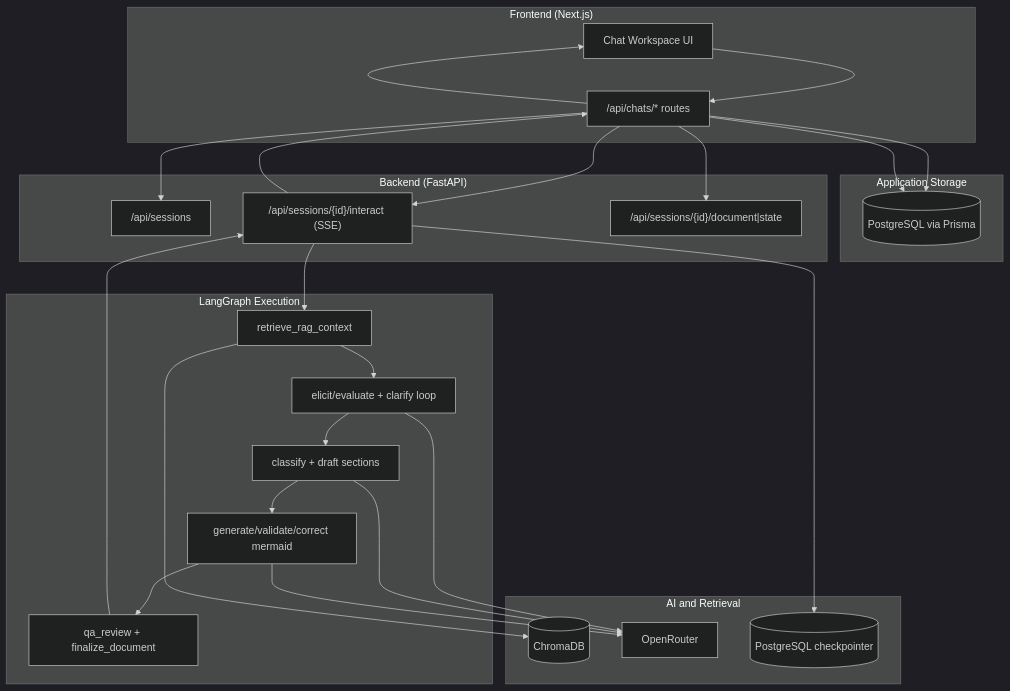
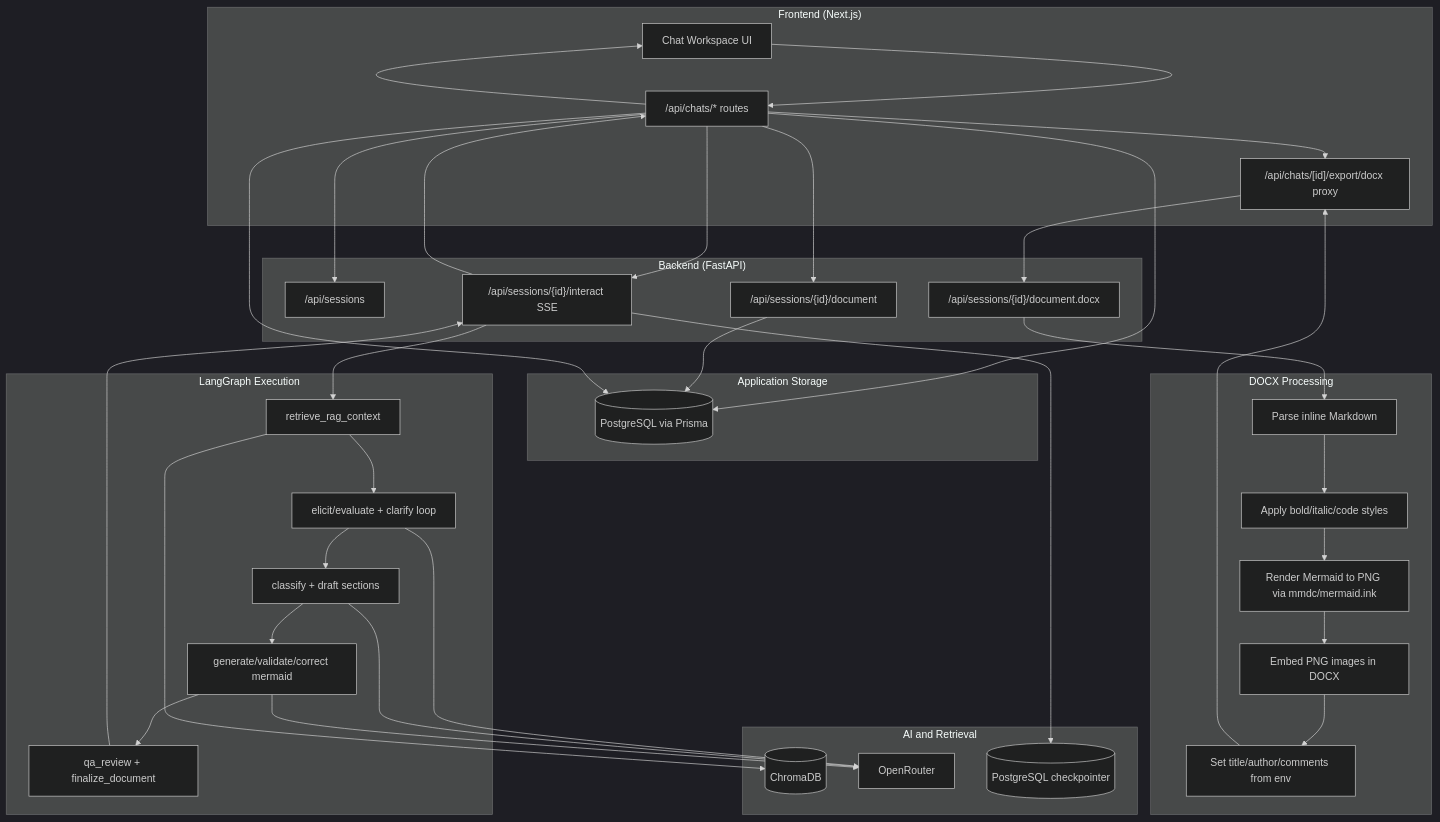
The third of 3 diagrams in documentation/dataflow_diagram.md (Ta1al/automated-SRS-generator), drawn with Mermaid (dark theme) before and after one commit. The commit also changed other lines of this file and 3 other files, not shown here.

Commit message:
feat: update documentation to include DOCX export process and related components

````diff
--- a/documentation/dataflow_diagram.md
+++ b/documentation/dataflow_diagram.md
@@ -38,49 +46,71 @@
 ```mermaid
 graph TD
     subgraph Frontend["Frontend (Next.js)"]
         UI["Chat Workspace UI"]
         FEApi["/api/chats/* routes"]
+        ExportProxy["/api/chats/[id]/export/docx proxy"]
     end
 
     subgraph AppStorage["Application Storage"]
         PrismaDB[(PostgreSQL via Prisma)]
     end
 
     subgraph Backend["Backend (FastAPI)"]
         Sessions["/api/sessions"]
-        Interact["/api/sessions/{id}/interact (SSE)"]
-        DocState["/api/sessions/{id}/document|state"]
+        Interact["/api/sessions/{id}/interact SSE"]
+        DocState["/api/sessions/{id}/document"]
+        DocxExport["/api/sessions/{id}/document.docx"]
     end
 
     subgraph GraphExec["LangGraph Execution"]
         RAG["retrieve_rag_context"]
         Elicit["elicit/evaluate + clarify loop"]
         Draft["classify + draft sections"]
         Mermaid["generate/validate/correct mermaid"]
         QA["qa_review + finalize_document"]
+    end
+
+    subgraph DocxProc["DOCX Processing"]
+        MarkdownParse["Parse inline Markdown"]
+        BoldItalic["Apply bold/italic/code styles"]
+        DiagramRender["Render Mermaid to PNG via mmdc/mermaid.ink"]
+        EmbedImages["Embed PNG images in DOCX"]
+        SetMetadata["Set title/author/comments from env"]
     end
 
     subgraph AIData["AI and Retrieval"]
         Chroma[(ChromaDB)]
         OpenRouter[OpenRouter]
         Checkpoint[(PostgreSQL checkpointer)]
     end
 
     UI --> FEApi
     FEApi --> PrismaDB
     FEApi --> Sessions
     FEApi --> Interact
-    FEApi --> DocState
+    FEApi --> ExportProxy
+    
+    ExportProxy --> DocxExport
 
     Interact --> RAG --> Elicit --> Draft --> Mermaid --> QA
     RAG --> Chroma
     Elicit --> OpenRouter
     Draft --> OpenRouter
     Mermaid --> OpenRouter
     Interact --> Checkpoint
 
     QA --> Interact
     Interact --> FEApi
+    FEApi --> DocState
+    DocState --> PrismaDB
+    
+    DocxExport --> MarkdownParse
+    MarkdownParse --> BoldItalic
+    BoldItalic --> DiagramRender
+    DiagramRender --> EmbedImages
+    EmbedImages --> SetMetadata
+    SetMetadata --> ExportProxy
+    
     FEApi --> PrismaDB
     FEApi --> UI
 ```
````
